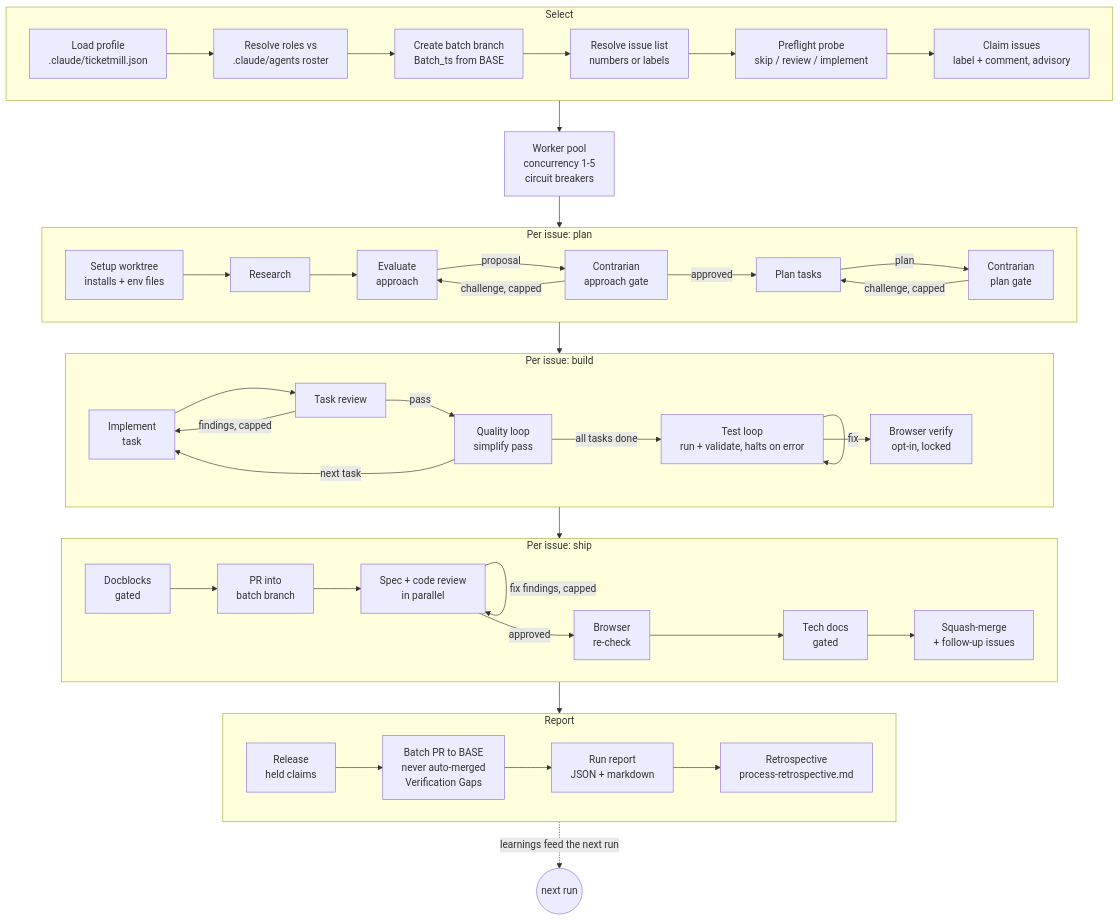
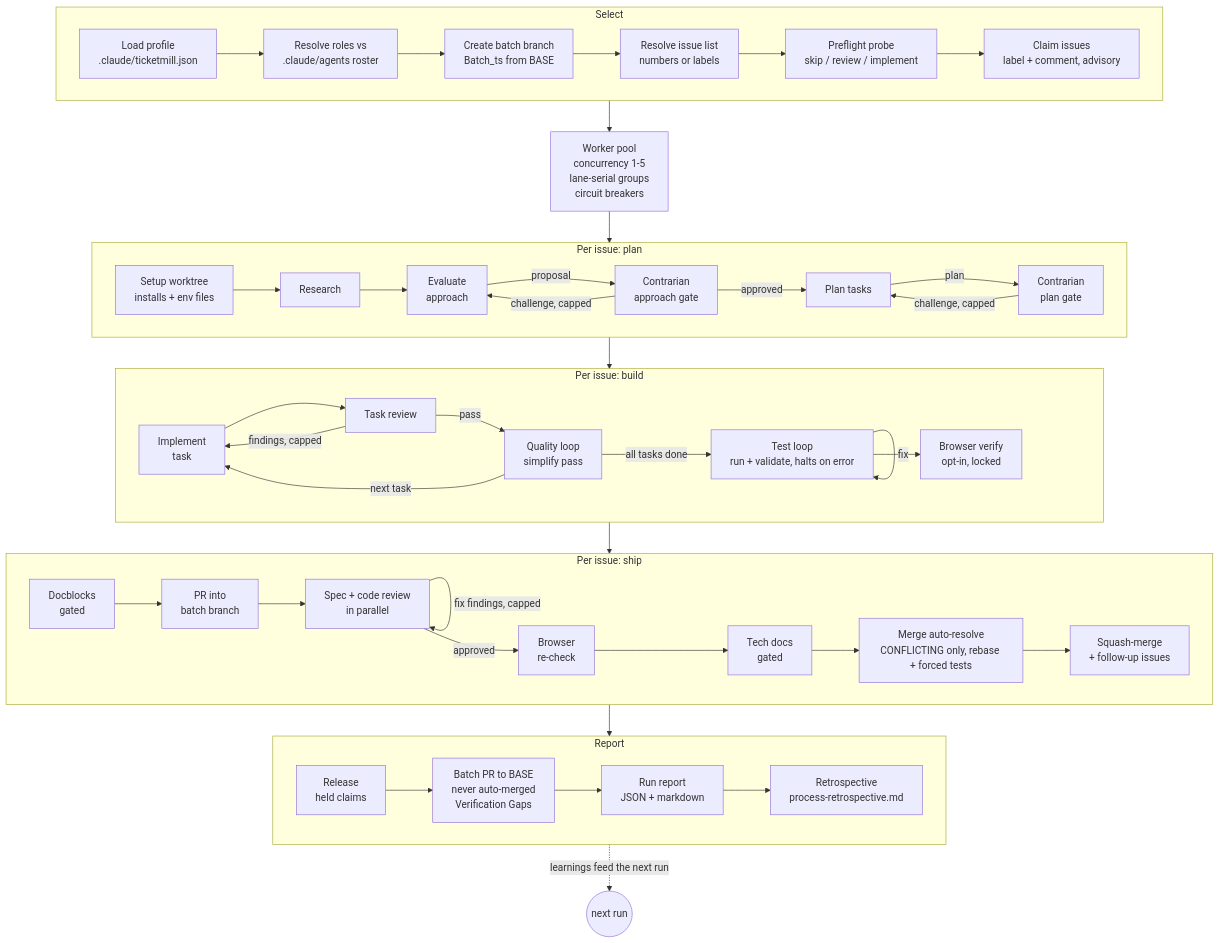
Before and after one commit to aaddrick/ticketmill: the diagram in docs/ARCHITECTURE.md, drawn with Mermaid. The commit also changed other lines of this file and 16 other files, not shown here.

````diff
--- a/docs/ARCHITECTURE.md
+++ b/docs/ARCHITECTURE.md
@@ -9,51 +9,51 @@
 ```mermaid
 flowchart TD
     subgraph SEL["Select"]
         direction LR
         P["Load profile<br/>.claude/ticketmill.json"] --> D["Resolve roles vs<br/>.claude/agents roster"] --> B["Create batch branch<br/>Batch_ts from BASE"] --> I["Resolve issue list<br/>numbers or labels"] --> F["Preflight probe<br/>skip / review / implement"] --> C["Claim issues<br/>label + comment, advisory"]
     end
 
-    SEL --> POOL["Worker pool<br/>concurrency 1-5<br/>circuit breakers"]
+    SEL --> POOL["Worker pool<br/>concurrency 1-5<br/>lane-serial groups<br/>circuit breakers"]
     POOL --> PLAN
 
     subgraph PLAN["Per issue: plan"]
         direction LR
         S["Setup worktree<br/>installs + env files"] --> R["Research"] --> E["Evaluate<br/>approach"]
         E -->|proposal| CA["Contrarian<br/>approach gate"]
         CA -->|"challenge, capped"| E
         CA -->|approved| PL["Plan tasks"]
         PL -->|plan| CP["Contrarian<br/>plan gate"]
         CP -->|"challenge, capped"| PL
     end
 
     PLAN --> BUILD
 
     subgraph BUILD["Per issue: build"]
         direction LR
         IM["Implement<br/>task"] --> TR["Task review"]
         TR -->|"findings, capped"| IM
         TR -->|pass| QL["Quality loop<br/>simplify pass"]
         QL -->|"next task"| IM
         QL -->|"all tasks done"| TL["Test loop<br/>run + validate, halts on error"]
         TL -->|fix| TL
         TL --> BW["Browser verify<br/>opt-in, locked"]
     end
 
     BUILD --> SHIP
 
     subgraph SHIP["Per issue: ship"]
         direction LR
         DB["Docblocks<br/>gated"] --> PR["PR into<br/>batch branch"] --> RV["Spec + code review<br/>in parallel"]
         RV -->|"fix findings, capped"| RV
-        RV -->|approved| BW2["Browser<br/>re-check"] --> TDOC["Tech docs<br/>gated"] --> MG["Squash-merge<br/>+ follow-up issues"]
+        RV -->|approved| BW2["Browser<br/>re-check"] --> TDOC["Tech docs<br/>gated"] --> MAR["Merge auto-resolve<br/>CONFLICTING only, rebase + forced tests"] --> MG["Squash-merge<br/>+ follow-up issues"]
     end
 
     SHIP --> REP
 
     subgraph REP["Report"]
         direction LR
         RL["Release<br/>held claims"] --> BP["Batch PR to BASE<br/>never auto-merged<br/>Verification Gaps"] --> RO["Run report<br/>JSON + markdown"] --> RT["Retrospective<br/>process-retrospective.md"]
     end
 
     REP -.->|"learnings feed the next run"| NEXT(("next run"))
 ```
````
